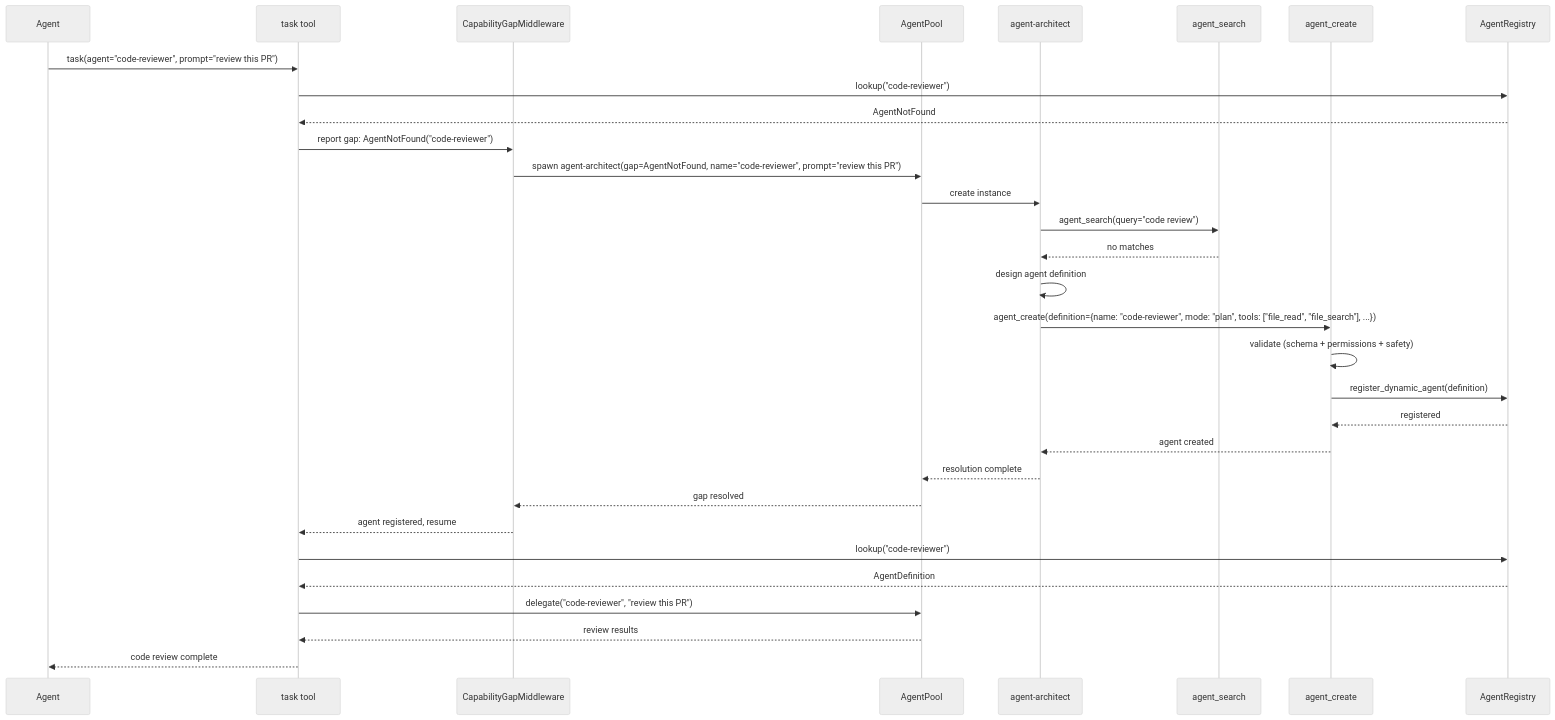
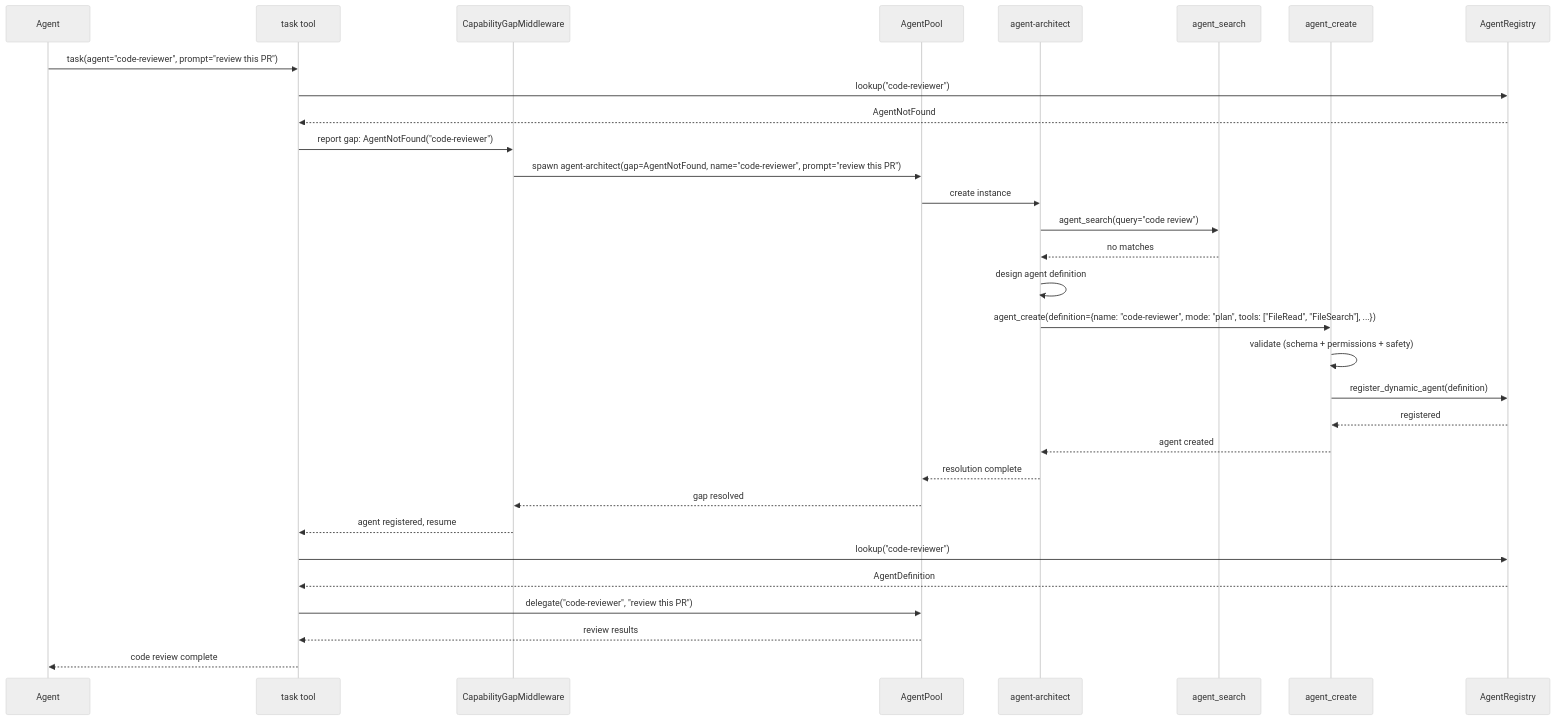
Before and after one commit to gorgiaxx/y-agent: the sixth of 7 diagrams in docs/design/agent-autonomy-design.md, drawn with Mermaid (neutral theme). The commit also changed other lines of this file and 41 other files, not shown here.

````diff
--- a/docs/design/agent-autonomy-design.md
+++ b/docs/design/agent-autonomy-design.md
@@ -513,37 +519,37 @@
 ```mermaid
 sequenceDiagram
     participant Agent
     participant Task as task tool
     participant GapMW as CapabilityGapMiddleware
     participant Pool as AgentPool
     participant Architect as agent-architect
     participant AS as agent_search
     participant AC as agent_create
     participant Registry as AgentRegistry
 
     Agent->>Task: task(agent="code-reviewer", prompt="review this PR")
     Task->>Registry: lookup("code-reviewer")
     Registry-->>Task: AgentNotFound
 
     Task->>GapMW: report gap: AgentNotFound("code-reviewer")
     GapMW->>Pool: spawn agent-architect(gap=AgentNotFound, name="code-reviewer", prompt="review this PR")
     Pool->>Architect: create instance
 
     Architect->>AS: agent_search(query="code review")
     AS-->>Architect: no matches
     Architect->>Architect: design agent definition
-    Architect->>AC: agent_create(definition={name: "code-reviewer", mode: "plan", tools: ["file_read", "file_search"], ...})
+    Architect->>AC: agent_create(definition={name: "code-reviewer", mode: "plan", tools: ["FileRead", "FileSearch"], ...})
     AC->>AC: validate (schema + permissions + safety)
     AC->>Registry: register_dynamic_agent(definition)
     Registry-->>AC: registered
     AC-->>Architect: agent created
     Architect-->>Pool: resolution complete
     Pool-->>GapMW: gap resolved
 
     GapMW-->>Task: agent registered, resume
     Task->>Registry: lookup("code-reviewer")
     Registry-->>Task: AgentDefinition
     Task->>Pool: delegate("code-reviewer", "review this PR")
     Pool-->>Task: review results
     Task-->>Agent: code review complete
 ```
````
